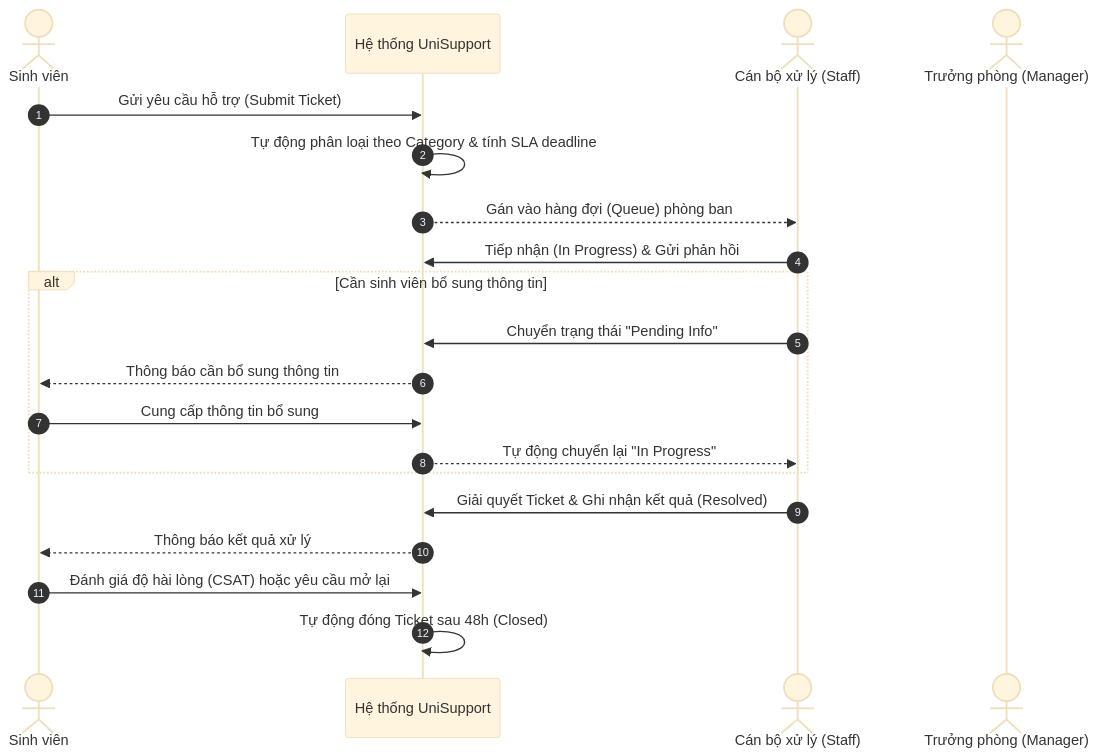
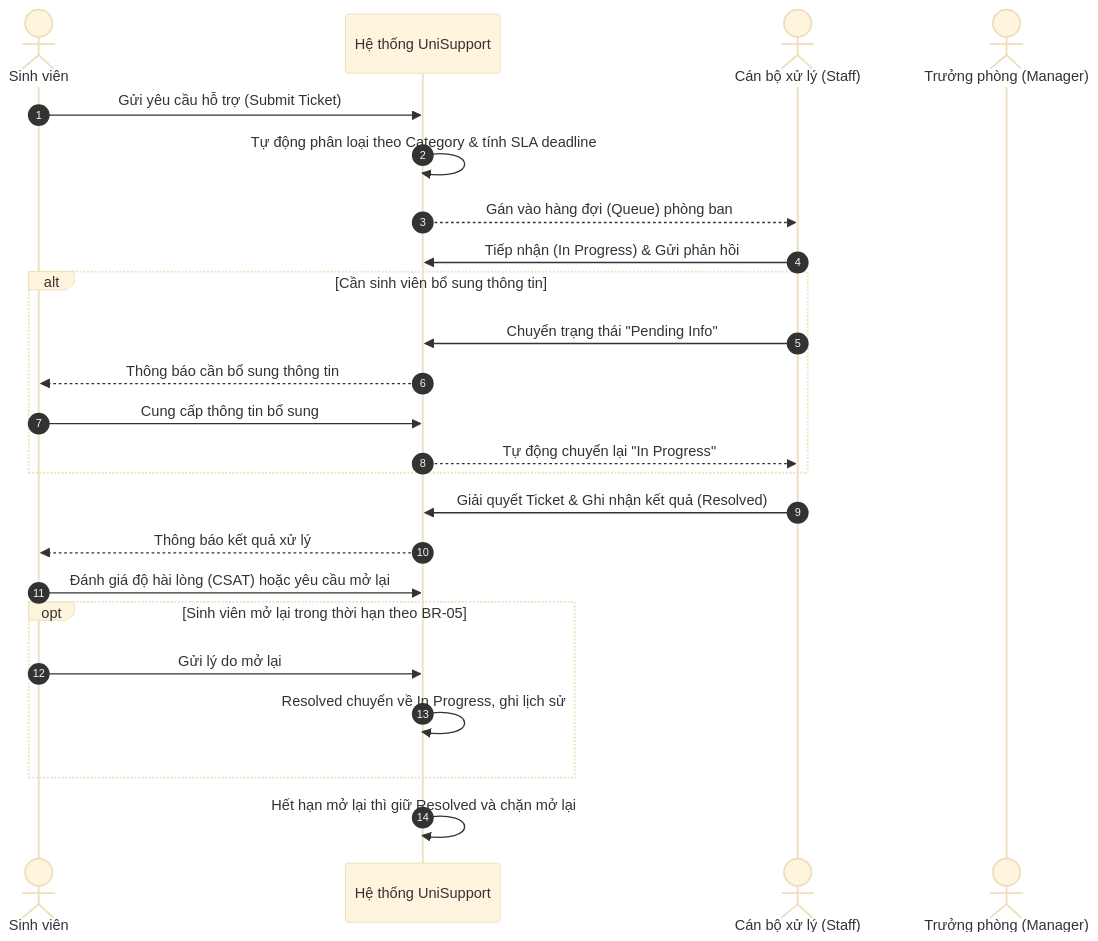
The diagram in docs/04-workflows/README.md (vinhdai123/UniSupport_Project), drawn with Mermaid (base theme) before and after one commit. The commit also changed other lines of this file and 28 other files, not shown here.

````diff
--- a/docs/04-workflows/README.md
+++ b/docs/04-workflows/README.md
@@ -11,23 +11,27 @@
 ```mermaid
 sequenceDiagram
     autonumber
     actor SV as Sinh viên
     participant Sys as Hệ thống UniSupport
     actor CB as Cán bộ xử lý (Staff)
     actor TP as Trưởng phòng (Manager)
 
     SV->>Sys: Gửi yêu cầu hỗ trợ (Submit Ticket)
     Sys->>Sys: Tự động phân loại theo Category & tính SLA deadline
     Sys-->>CB: Gán vào hàng đợi (Queue) phòng ban
     CB->>Sys: Tiếp nhận (In Progress) & Gửi phản hồi
     alt Cần sinh viên bổ sung thông tin
         CB->>Sys: Chuyển trạng thái "Pending Info"
         Sys-->>SV: Thông báo cần bổ sung thông tin
         SV->>Sys: Cung cấp thông tin bổ sung
         Sys-->>CB: Tự động chuyển lại "In Progress"
     end
     CB->>Sys: Giải quyết Ticket & Ghi nhận kết quả (Resolved)
     Sys-->>SV: Thông báo kết quả xử lý
     SV->>Sys: Đánh giá độ hài lòng (CSAT) hoặc yêu cầu mở lại
-    Sys->>Sys: Tự động đóng Ticket sau 48h (Closed)
+    opt Sinh viên mở lại trong thời hạn theo BR-05
+        SV->>Sys: Gửi lý do mở lại
+        Sys->>Sys: Resolved chuyển về In Progress, ghi lịch sử
+    end
+    Sys->>Sys: Hết hạn mở lại thì giữ Resolved và chặn mở lại
 ```
````
